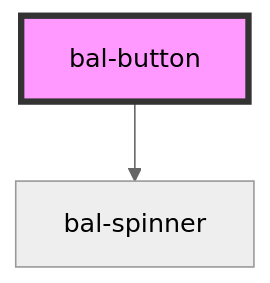
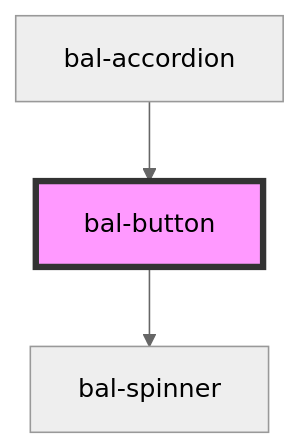
One commit to baloise/design-system changed the diagram in src/components/bal-button/readme.md. Above: the diagram before and after it, drawn with Mermaid (neutral theme). The commit also changed other lines of this file and 9 other files, not shown here.

````diff
--- a/src/components/bal-button/readme.md
+++ b/src/components/bal-button/readme.md
@@ -76,5 +84,6 @@
 ```mermaid
 graph TD;
   bal-button --> bal-spinner
+  bal-accordion --> bal-button
   style bal-button fill:#f9f,stroke:#333,stroke-width:4px
 ```
````
